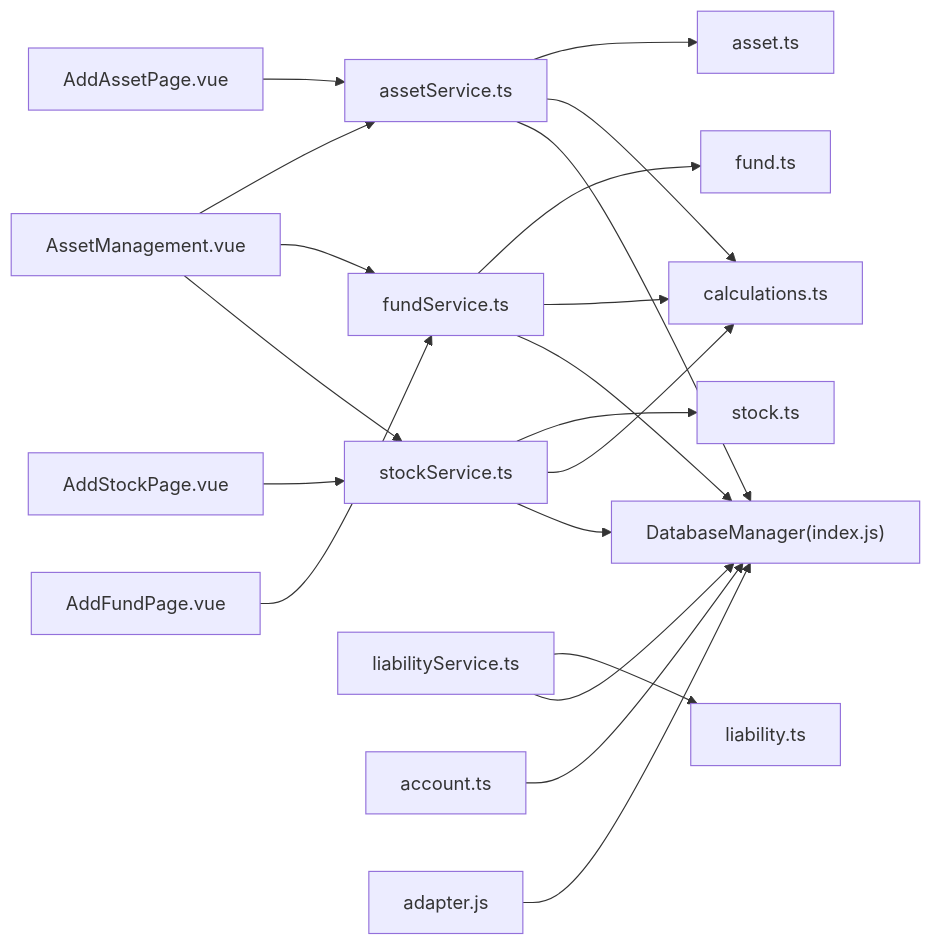
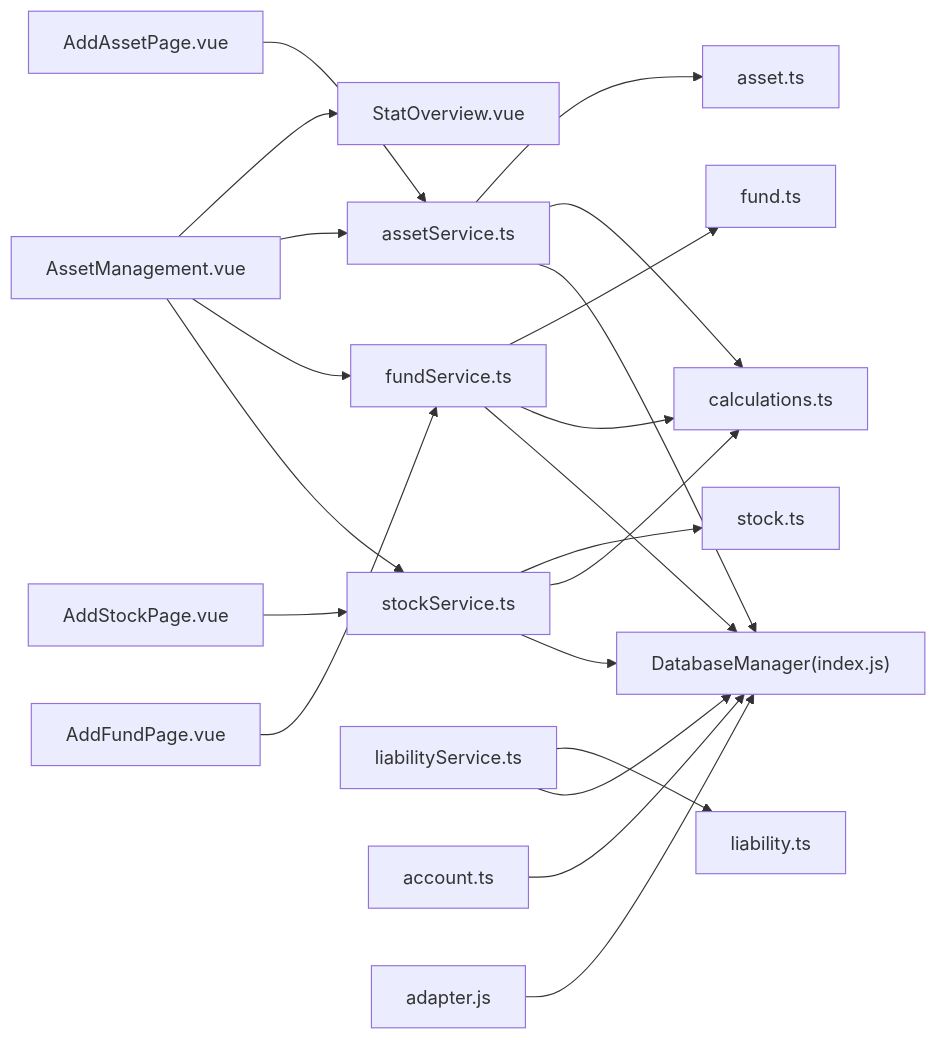
Before and after one commit to xiao-lin-unit/yuan: the tenth of 10 diagrams in .qoder/repowiki/zh/content/资产管理/资产管理.md, drawn with Mermaid. The commit also changed other lines of this file and 14 other files, not shown here.

````diff
--- a/.qoder/repowiki/zh/content/资产管理/资产管理.md
+++ b/.qoder/repowiki/zh/content/资产管理/资产管理.md
@@ -488,22 +512,23 @@
 ```mermaid
 graph LR
-AM["AssetManagement.vue"] --> AS["assetService.ts"]
+AM["AssetManagement.vue"] --> SO["StatOverview.vue"]
+AM --> AS["assetService.ts"]
 AM --> FS["fundService.ts"]
 AM --> SS["stockService.ts"]
 AAS["AddAssetPage.vue"] --> AS
 ASP["AddStockPage.vue"] --> SS
 AFP["AddFundPage.vue"] --> FS
 AS --> AT["asset.ts"]
 SS --> STT["stock.ts"]
 FS --> FT["fund.ts"]
 LS["liabilityService.ts"] --> LT["liability.ts"]
 AS --> CAL["calculations.ts"]
 SS --> CAL
 FS --> CAL
 AS --> DB["DatabaseManager(index.js)"]
 SS --> DB
 FS --> DB
 LS --> DB
 ACC["account.ts"] --> DB
 ADP["adapter.js"] --> DB
 ```
````
